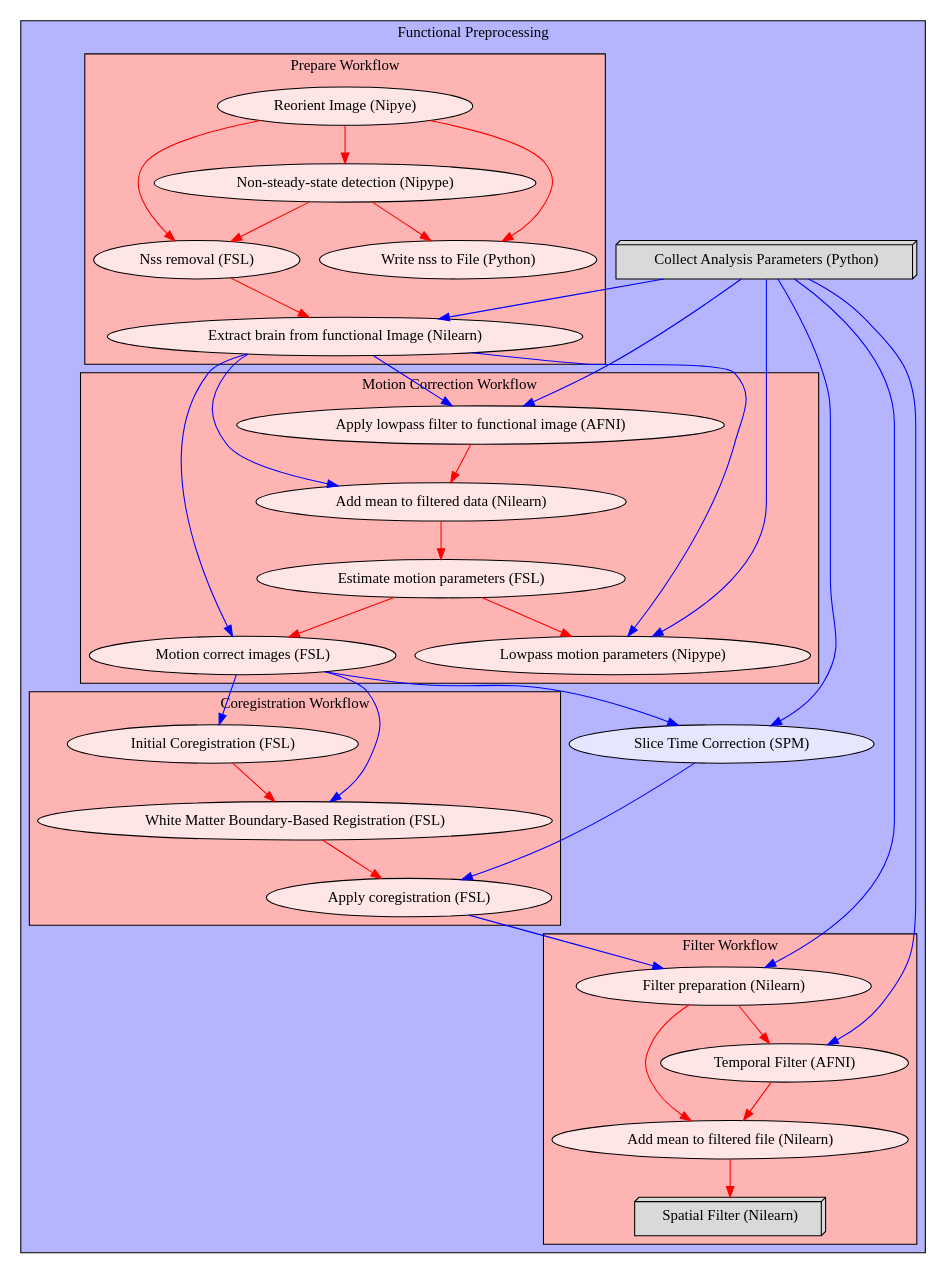
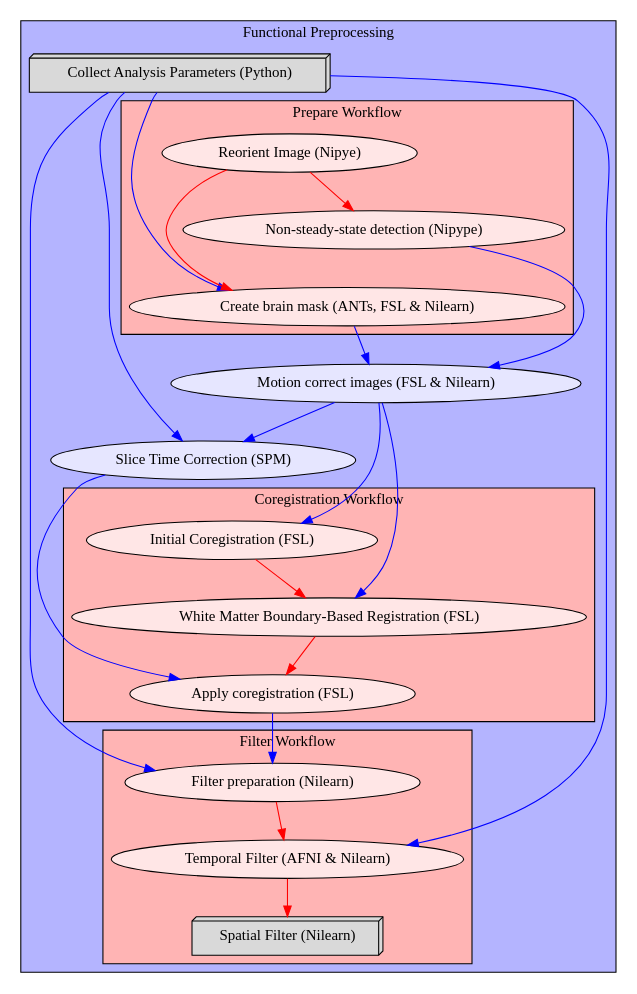
Before and after one commit to miykael/fmriflows: the diagram in static/preproc_func.dot, drawn with Graphviz. The commit also changed 4 other files, not shown here.

```diff
--- a/static/preproc_func.dot
+++ b/static/preproc_func.dot
@@ -1,82 +1,58 @@
 digraph preproc_func{
   subgraph cluster_preproc_func {
       edge [color="#0000FF"];
       style=filled;
       fillcolor="#B4B4FF";
       label="Functional Preprocessing";
-    slice_time[label="Slice Time Correction (SPM)", style=filled, fillcolor="#E6E6FF"];
-    get_Param[label="Collect Analysis Parameters (Python)", shape=box3d,style=filled, color=black, colorscheme=greys7 fillcolor=2];
+      motion_correction[label="Motion correct images (FSL & Nilearn)", style=filled, fillcolor="#E6E6FF"];
+      slice_time[label="Slice Time Correction (SPM)", style=filled, fillcolor="#E6E6FF"];
+      get_Param[label="Collect Analysis Parameters (Python)", shape=box3d,style=filled, color=black, colorscheme=greys7, fillcolor=2];
     subgraph cluster_prepareflow {
             edge [color="#FF0000"];
             style=filled;
             fillcolor="#FFB4B4";
             label="Prepare Workflow";
-        prepareflow_reorient[label="Reorient Image (Nipye)", style=filled, fillcolor="#FFE6E6"];
-        prepareflow_nss_detection[label="Non-steady-state detection (Nipype)", style=filled, fillcolor="#FFE6E6"];
-        prepareflow_nss_removal[label="Nss removal (FSL)", style=filled, fillcolor="#FFE6E6"];
-        prepareflow_brain_extraction[label="Extract brain from functional Image (Nilearn)", style=filled, fillcolor="#FFE6E6"];
-        prepareflow_write_nss[label="Write nss to File (Python)", style=filled, fillcolor="#FFE6E6"];
-        prepareflow_reorient -> prepareflow_nss_detection;
-        prepareflow_reorient -> prepareflow_nss_removal;
-        prepareflow_reorient -> prepareflow_write_nss;
-        prepareflow_nss_detection -> prepareflow_write_nss;
-        prepareflow_nss_detection -> prepareflow_nss_removal;
-        prepareflow_nss_removal -> prepareflow_brain_extraction;
-    }
-    subgraph cluster_mcflow {
-            edge [color="#FF0000"];
-            style=filled;
-            fillcolor="#FFB4B4";
-            label="Motion Correction Workflow";
-        mcflow_apply_low_pass[label="Apply lowpass filter to functional image (AFNI)", style=filled, fillcolor="#FFE6E6"];
-        mcflow_add_mean_to_bandpass[label="Add mean to filtered data (Nilearn)", style=filled, fillcolor="#FFE6E6"];
-        mcflow_mcflirt_estimation[label="Estimate motion parameters (FSL)", style=filled, fillcolor="#FFE6E6"];
-        mcflow_lowpass_mc[label="Lowpass motion parameters (Nipype)", style=filled, fillcolor="#FFE6E6"];
-        mcflow_motion_correction[label="Motion correct images (FSL)", style=filled, fillcolor="#FFE6E6"];
-        mcflow_apply_low_pass -> mcflow_add_mean_to_bandpass;
-        mcflow_add_mean_to_bandpass -> mcflow_mcflirt_estimation;
-        mcflow_mcflirt_estimation -> mcflow_motion_correction;
-        mcflow_mcflirt_estimation -> mcflow_lowpass_mc;
+            prepareflow_reorient[label="Reorient Image (Nipye)", style=filled, fillcolor="#FFE6E6"];
+            prepareflow_nss_detection[label="Non-steady-state detection (Nipype)", style=filled, fillcolor="#FFE6E6"];
+            prepareflow_brain_extraction[label="Create brain mask (ANTs, FSL & Nilearn)", style=filled, fillcolor="#FFE6E6"];
+            prepareflow_reorient -> prepareflow_nss_detection;
+            prepareflow_reorient -> prepareflow_brain_extraction;
+            prepareflow_nss_detection -> prepareflow_brain_extraction [color="#00000000"];
     }
     subgraph cluster_coregflow {
             edge [color="#FF0000"];
             style=filled;
             fillcolor="#FFB4B4";
             label="Coregistration Workflow";
-        coregflow_coreg_pre[label="Initial Coregistration (FSL)", style=filled, fillcolor="#FFE6E6"];
-        coregflow_coreg_bbr[label="White Matter Boundary-Based Registration (FSL)", style=filled, fillcolor="#FFE6E6"];
-        coregflow_apply_coreg[label="Apply coregistration (FSL)", style=filled, fillcolor="#FFE6E6"];
-        coregflow_coreg_pre -> coregflow_coreg_bbr;
-        coregflow_coreg_bbr -> coregflow_apply_coreg;
+            coregflow_coreg_pre[label="Initial Coregistration (FSL)", style=filled, fillcolor="#FFE6E6"];
+            coregflow_coreg_bbr[label="White Matter Boundary-Based Registration (FSL)", style=filled, fillcolor="#FFE6E6"];
+            coregflow_apply_coreg[label="Apply coregistration (FSL)", style=filled, fillcolor="#FFE6E6"];
+            coregflow_coreg_pre -> coregflow_coreg_bbr;
+            coregflow_coreg_bbr -> coregflow_apply_coreg;
     }
     subgraph cluster_filterflow {
             edge [color="#FF0000"];
             style=filled;
             fillcolor="#FFB4B4";
             label="Filter Workflow";
-        filterflow_filter_preparation[label="Filter preparation (Nilearn)", style=filled, fillcolor="#FFE6E6"];
-        filterflow_temporal_filter[label="Temporal Filter (AFNI)", style=filled, fillcolor="#FFE6E6"];
-        filterflow_add_mean_to_filt[label="Add mean to filtered file (Nilearn)", style=filled, fillcolor="#FFE6E6"];
-        filterflow_spatial_filter[label="Spatial Filter (Nilearn)", shape=box3d,style=filled, color=black, colorscheme=greys7 fillcolor=2];
-        filterflow_filter_preparation -> filterflow_temporal_filter;
-        filterflow_filter_preparation -> filterflow_add_mean_to_filt;
-        filterflow_temporal_filter -> filterflow_add_mean_to_filt;
-        filterflow_add_mean_to_filt -> filterflow_spatial_filter;
+            filterflow_filter_preparation[label="Filter preparation (Nilearn)", style=filled, fillcolor="#FFE6E6"];
+            filterflow_temporal_filter[label="Temporal Filter (AFNI & Nilearn)", style=filled, fillcolor="#FFE6E6"];
+            filterflow_spatial_filter[label="Spatial Filter (Nilearn)", shape=box3d,style=filled, color=black, colorscheme=greys7, fillcolor=2];
+            filterflow_filter_preparation -> filterflow_temporal_filter;
+            filterflow_temporal_filter -> filterflow_spatial_filter;
     }
-    prepareflow_brain_extraction -> mcflow_motion_correction;
-    prepareflow_brain_extraction -> mcflow_apply_low_pass;
-    prepareflow_brain_extraction -> mcflow_add_mean_to_bandpass;
-    prepareflow_brain_extraction -> mcflow_lowpass_mc;
-    mcflow_motion_correction -> slice_time;
-    mcflow_motion_correction -> coregflow_coreg_pre;
-    mcflow_motion_correction -> coregflow_coreg_bbr;
+    prepareflow_brain_extraction -> motion_correction;
+    prepareflow_nss_detection -> motion_correction;
+    motion_correction -> slice_time;
+    motion_correction -> coregflow_coreg_pre;
+    motion_correction -> coregflow_coreg_bbr;
     slice_time -> coregflow_apply_coreg;
+    slice_time -> coregflow_coreg_pre [color="#00000000"];
     coregflow_apply_coreg -> filterflow_filter_preparation;
-    get_Param -> mcflow_apply_low_pass;
-    get_Param -> mcflow_lowpass_mc;
     get_Param -> slice_time;
     get_Param -> filterflow_filter_preparation;
     get_Param -> filterflow_temporal_filter;
     get_Param -> prepareflow_brain_extraction;
+    get_Param -> prepareflow_reorient [color="#00000000"];
   }
 }
```
